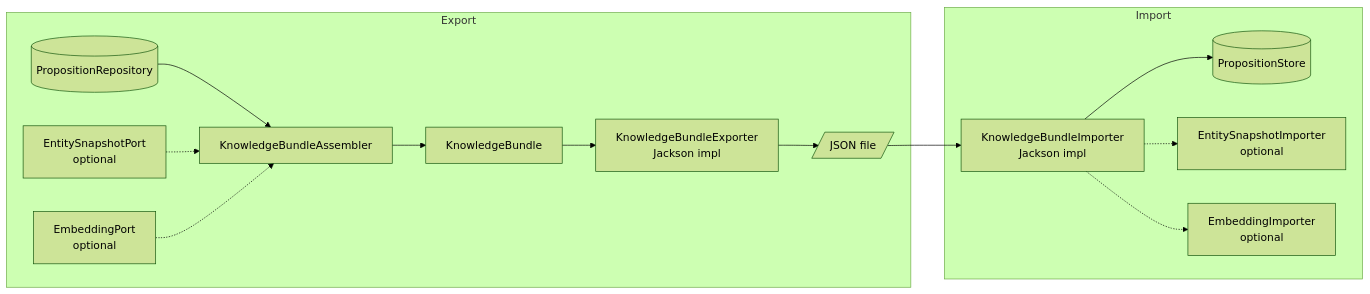
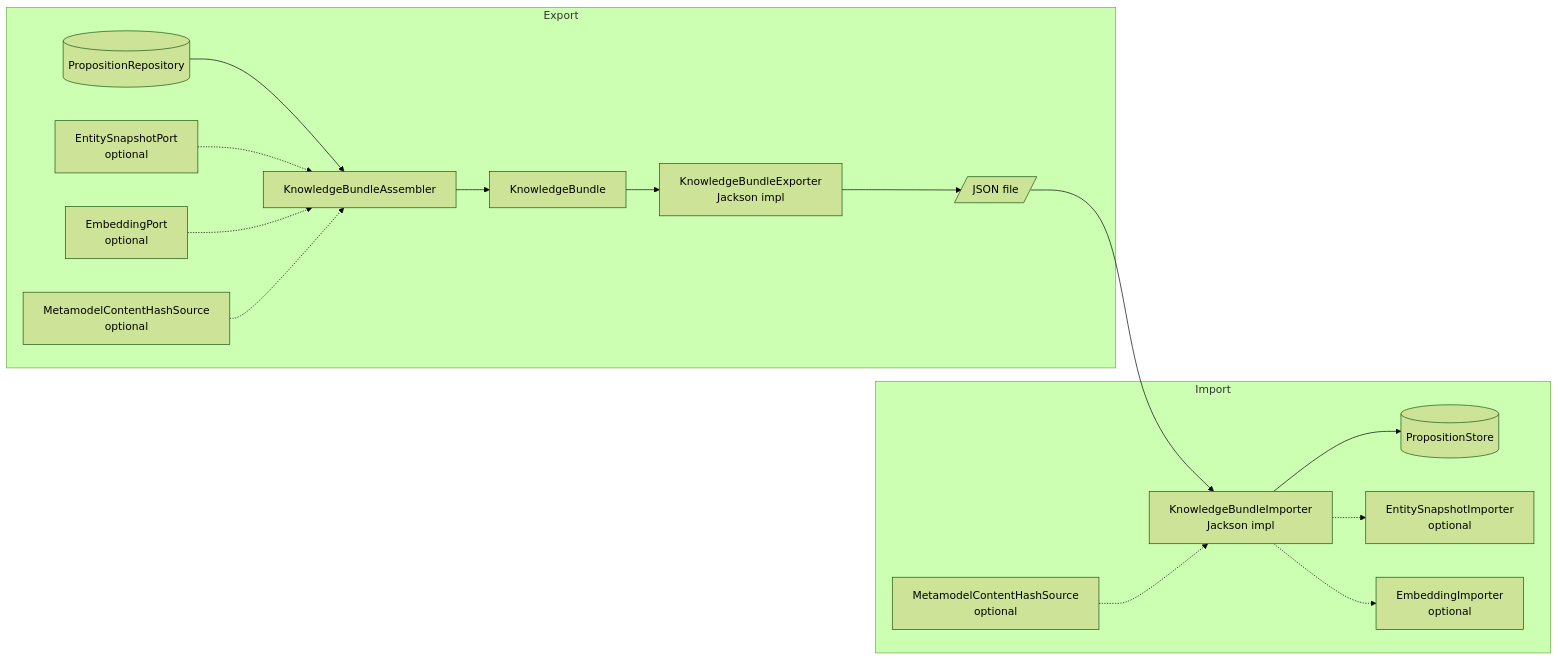
The first of 2 diagrams in docs/design/knowledge-bundles.md (embabel/dice), drawn with Mermaid (forest theme) before and after one commit. The commit also changed other lines of this file and 12 other files, not shown here.

````diff
--- a/docs/design/knowledge-bundles.md
+++ b/docs/design/knowledge-bundles.md
@@ -22,17 +25,19 @@
 ```mermaid
 flowchart LR
     subgraph Export
         REPO[(PropositionRepository)] --> ASM[KnowledgeBundleAssembler]
         ESP[EntitySnapshotPort<br/>optional] -.-> ASM
         EMP1[EmbeddingPort<br/>optional] -.-> ASM
+        MM1[MetamodelContentHashSource<br/>optional] -.-> ASM
         ASM --> BUNDLE[KnowledgeBundle]
         BUNDLE --> EXP[KnowledgeBundleExporter<br/>Jackson impl]
         EXP --> JSON[/JSON file/]
     end
     subgraph Import
         JSON --> IMP[KnowledgeBundleImporter<br/>Jackson impl]
         IMP --> STORE[(PropositionStore)]
         IMP -.-> ESI[EntitySnapshotImporter<br/>optional]
         IMP -.-> EMI[EmbeddingImporter<br/>optional]
+        MM2[MetamodelContentHashSource<br/>optional] -.-> IMP
     end
 ```
````
